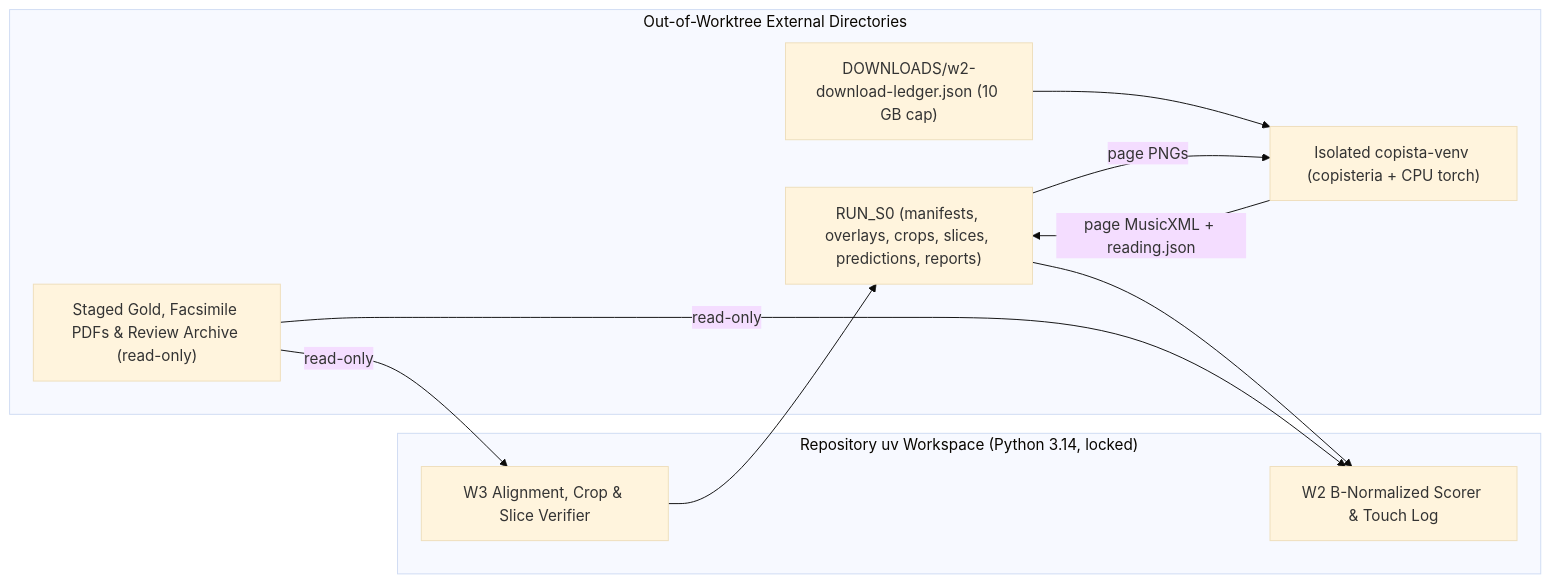
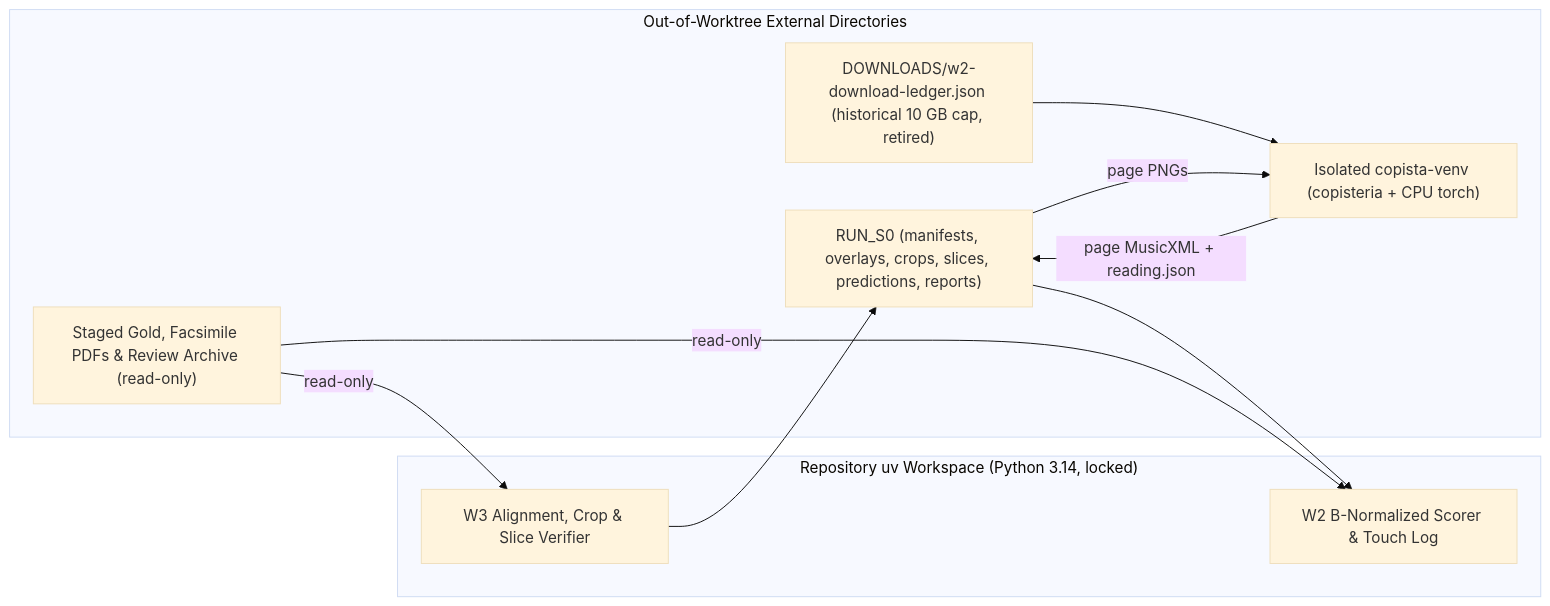
One commit to hcoona/three changed the diagram in src/private/app/sheet-music-omr/docs/evaluation-protocol.md. Above: the diagram before and after it, drawn with Mermaid (base theme). The commit also changed other lines of this file and 3 other files, not shown here.

````diff
--- a/src/private/app/sheet-music-omr/docs/evaluation-protocol.md
+++ b/src/private/app/sheet-music-omr/docs/evaluation-protocol.md
@@ -66,20 +73,20 @@
 ```mermaid
 flowchart LR
   subgraph Repo["Repository uv Workspace (Python 3.14, locked)"]
     Align["W3 Alignment, Crop & Slice Verifier"]
     Scorer["W2 B-Normalized Scorer & Touch Log"]
   end
   subgraph Ext["Out-of-Worktree External Directories"]
     Private["Staged Gold, Facsimile PDFs & Review Archive (read-only)"]
     Venv["Isolated copista-venv (copisteria + CPU torch)"]
     RunDir["RUN_S0 (manifests, overlays, crops, slices, predictions, reports)"]
-    Ledger["DOWNLOADS/w2-download-ledger.json (10 GB cap)"]
+    Ledger["DOWNLOADS/w2-download-ledger.json (historical 10 GB cap, retired)"]
   end
   Private -->|read-only| Align
   Align --> RunDir
   Ledger --> Venv
   RunDir -->|page PNGs| Venv
   Venv -->|page MusicXML + reading.json| RunDir
   RunDir --> Scorer
   Private -->|read-only| Scorer
 ```
````
